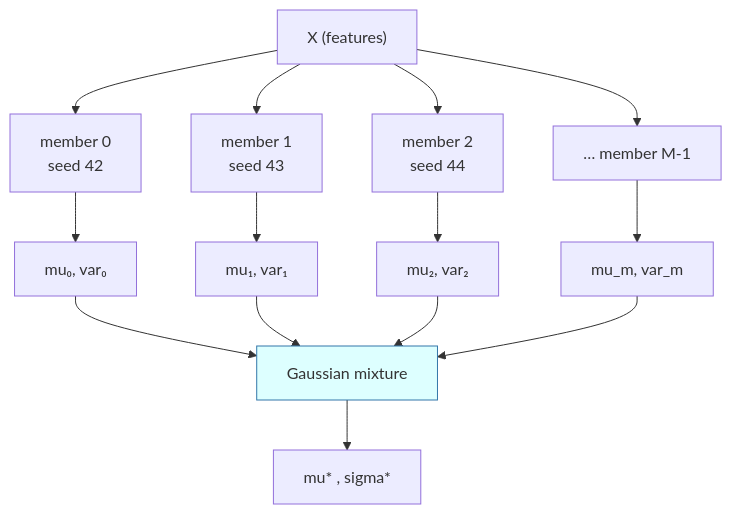
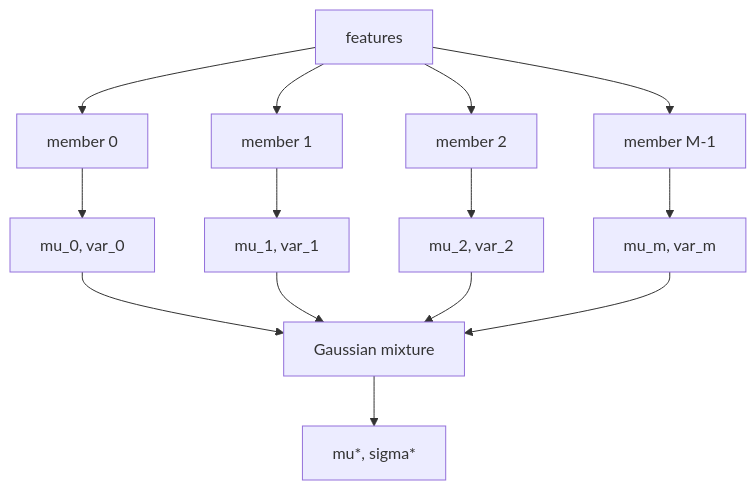
Before and after one commit to ywchen-tw/OCO_spectral_mitigation: the second of 3 diagrams in src/models/deep_ensemble_ARCHITECTURE.md, drawn with Mermaid. The commit also changed other lines of this file and 3 other files, not shown here.

Commit message:
Update TCCON report styling and deep ensemble figure

````diff
--- a/src/models/deep_ensemble_ARCHITECTURE.md
+++ b/src/models/deep_ensemble_ARCHITECTURE.md
@@ -54,17 +72,15 @@
 ```mermaid
 flowchart TB
-    X["X (features)"] --> M0["member 0<br/>seed 42"]
-    X --> M1["member 1<br/>seed 43"]
-    X --> M2["member 2<br/>seed 44"]
-    X --> Md["… member M-1"]
+    X["features"] --> M0["member 0"]
+    X --> M1["member 1"]
+    X --> M2["member 2"]
+    X --> MM["member M-1"]
 
-    M0 --> P0["mu₀, var₀"]
-    M1 --> P1["mu₁, var₁"]
-    M2 --> P2["mu₂, var₂"]
-    Md --> Pd["mu_m, var_m"]
+    M0 --> P0["mu_0, var_0"]
+    M1 --> P1["mu_1, var_1"]
+    M2 --> P2["mu_2, var_2"]
+    MM --> PM["mu_m, var_m"]
 
-    P0 & P1 & P2 & Pd --> MIX["Gaussian mixture"]
-    MIX --> OUT["mu* , sigma*"]
-
-    style MIX fill:#dff,stroke:#37a
+    P0 & P1 & P2 & PM --> MIX["Gaussian mixture"]
+    MIX --> OUT["mu*, sigma*"]
 ```
````
